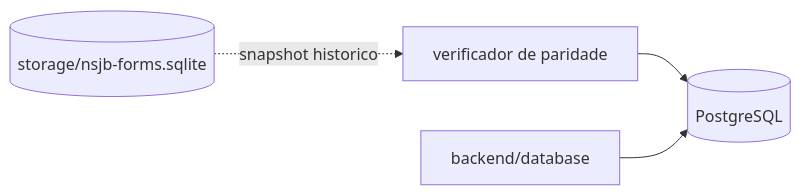
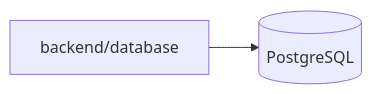
One commit to EnzoCriniti/Forms_NSJB changed the diagram in docker/db/README.md. Above: the diagram before and after it, drawn with Mermaid. The commit also changed other lines of this file and 11 other files, not shown here.

````diff
--- a/docker/db/README.md
+++ b/docker/db/README.md
@@ -18,6 +15,4 @@
 ```mermaid
 flowchart LR
-  S[(storage/nsjb-forms.sqlite)] -. snapshot historico .-> C[verificador de paridade]
-  C --> P[(PostgreSQL)]
-  B[backend/database] --> P
+  B[backend/database] --> P[(PostgreSQL)]
 ```
````
